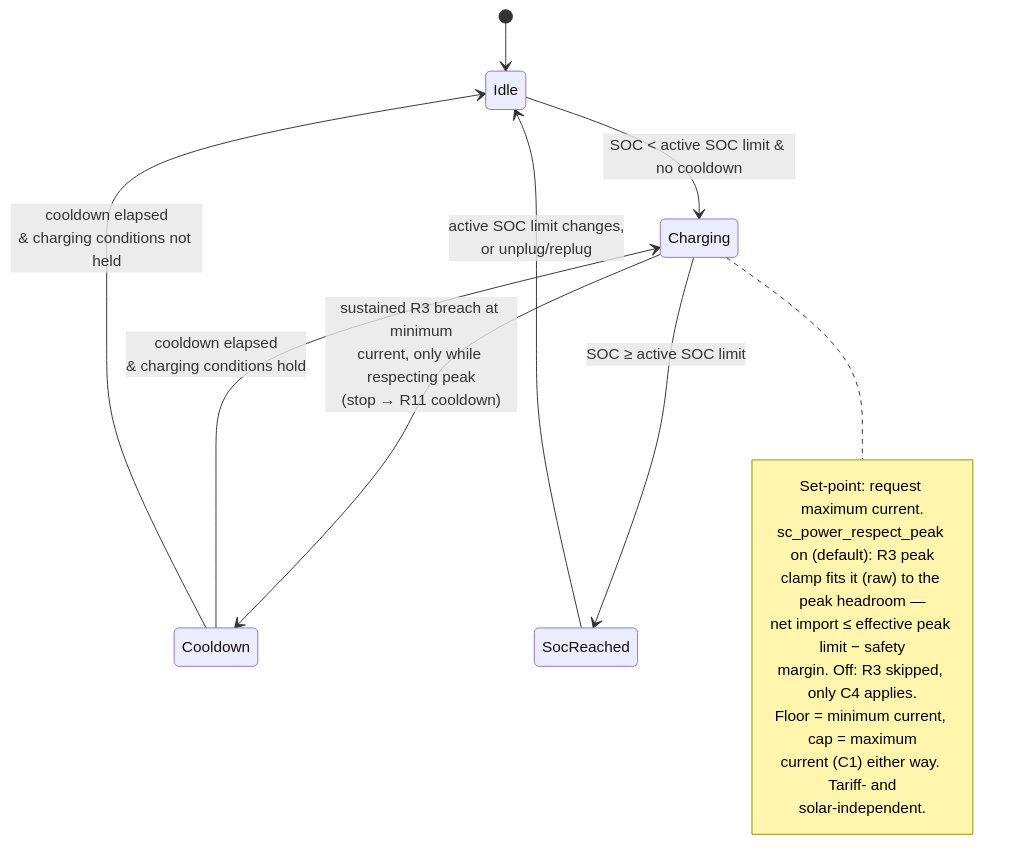
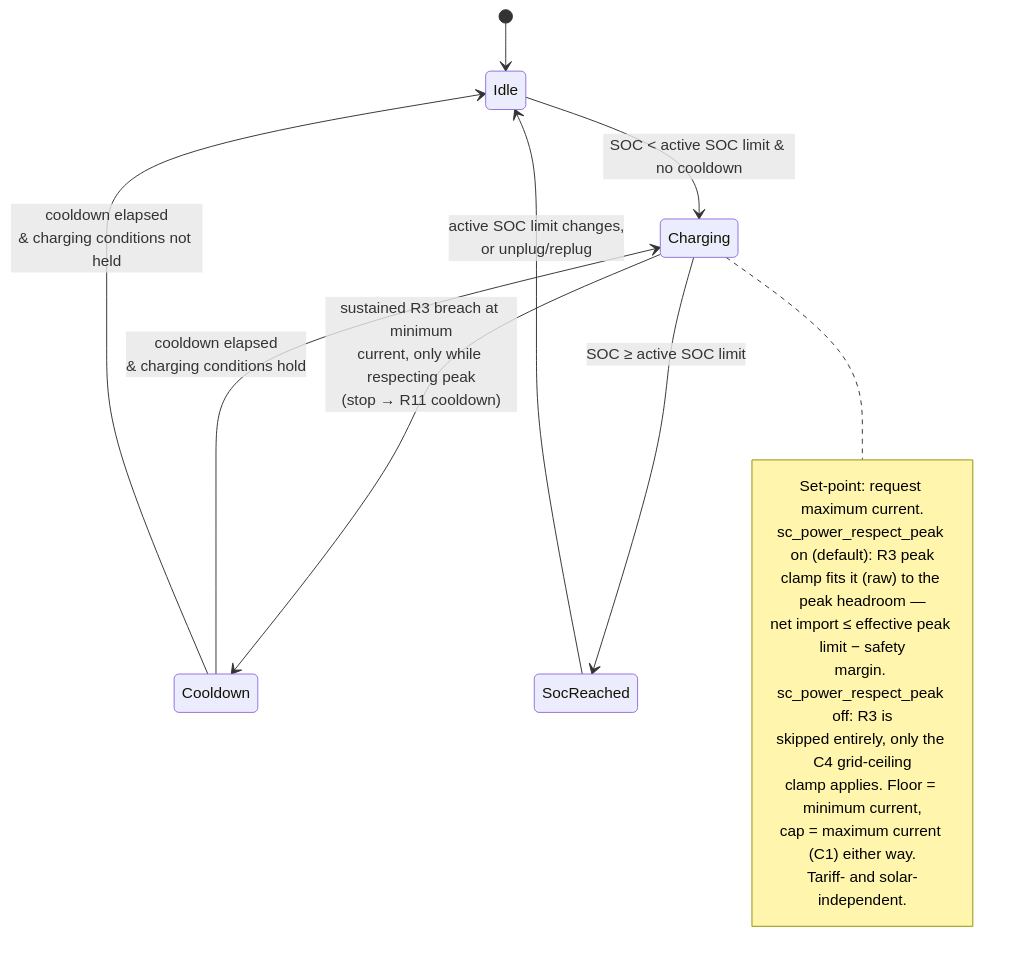
The diagram in docs/analysis/use-cases/UC04-charge-at-maximum-power.md (kristofdegrave/homeassistant-smart-charging), drawn with Mermaid before and after one commit. The commit also changed other lines of this file, not shown here.

Commit message:
docs: address AI review remarks (#22)
Add an R18 back-reference to entity-catalog.md, simplify the SOC-reached
exception-flow caveat, and de-telegraph the diagram note's peak-protection
wording per the fresh review pass.

````diff
--- a/docs/analysis/use-cases/UC04-charge-at-maximum-power.md
+++ b/docs/analysis/use-cases/UC04-charge-at-maximum-power.md
@@ -91,20 +91,21 @@
 ```mermaid
 stateDiagram-v2
     [*] --> Idle
     Idle --> Charging: SOC < active SOC limit & no cooldown
     Charging --> Cooldown: sustained R3 breach at minimum<br/>current, only while respecting peak<br/>(stop → R11 cooldown)
     Charging --> SocReached: SOC ≥ active SOC limit
     Cooldown --> Charging: cooldown elapsed<br/>& charging conditions hold
     Cooldown --> Idle: cooldown elapsed<br/>& charging conditions not held
     SocReached --> Idle: active SOC limit changes,<br/>or unplug/replug
     note right of Charging
         Set-point: request maximum current.
         sc_power_respect_peak on (default): R3 peak
         clamp fits it (raw) to the peak headroom —
         net import ≤ effective peak limit − safety
-        margin. Off: R3 skipped, only C4 applies.
-        Floor = minimum current, cap = maximum
-        current (C1) either way. Tariff- and
-        solar-independent.
+        margin. sc_power_respect_peak off: R3 is
+        skipped entirely, only the C4 grid-ceiling
+        clamp applies. Floor = minimum current,
+        cap = maximum current (C1) either way.
+        Tariff- and solar-independent.
     end note
 ```
````
